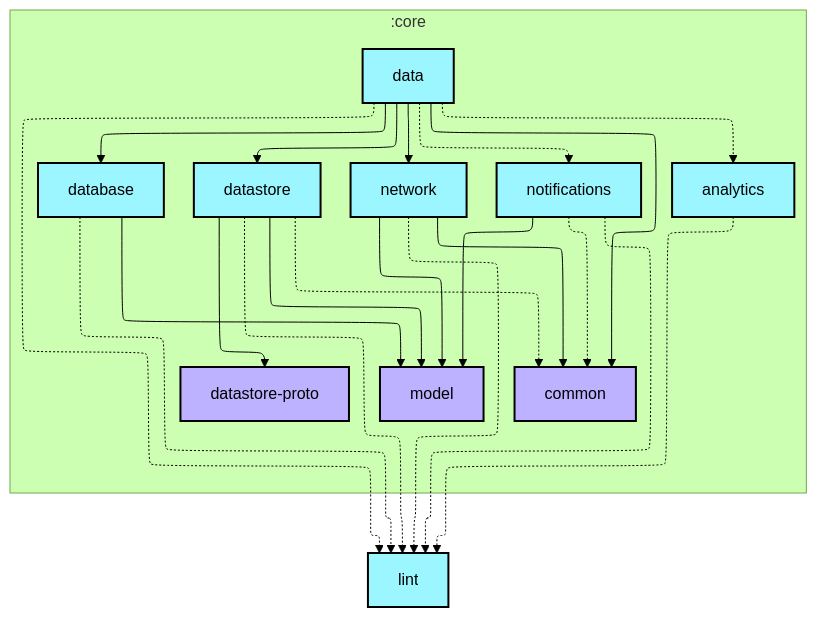
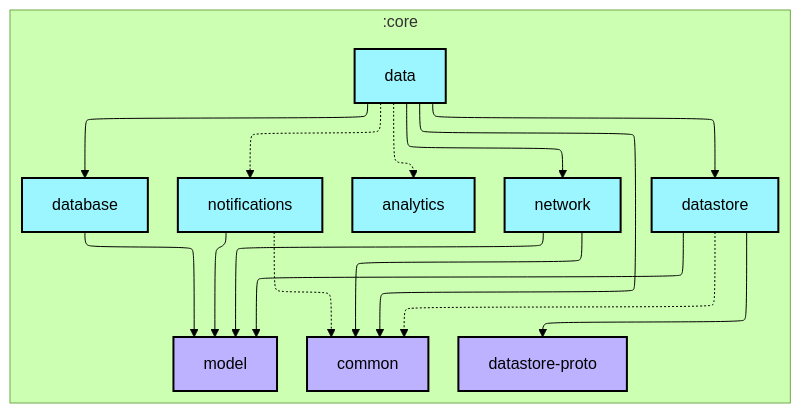
Before and after one commit to android/nowinandroid: the first of 2 diagrams in core/data/README.md, drawn with Mermaid (forest theme). The commit also changed 30 other files, not shown here.

````diff
--- a/core/data/README.md
+++ b/core/data/README.md
@@ -6,50 +6,43 @@
 ```mermaid
 ---
 config:
   layout: elk
   elk:
     nodePlacementStrategy: SIMPLE
 ---
 graph TB
   subgraph :core
     direction TB
     :core:analytics[analytics]:::android-library
     :core:common[common]:::jvm-library
     :core:data[data]:::android-library
     :core:database[database]:::android-library
     :core:datastore[datastore]:::android-library
     :core:datastore-proto[datastore-proto]:::jvm-library
     :core:model[model]:::jvm-library
     :core:network[network]:::android-library
     :core:notifications[notifications]:::android-library
   end
-  :lint[lint]:::android-library
 
-  :core:analytics -.-> :lint
   :core:data -.-> :core:analytics
   :core:data --> :core:common
   :core:data --> :core:database
   :core:data --> :core:datastore
   :core:data --> :core:network
   :core:data -.-> :core:notifications
-  :core:data -.-> :lint
   :core:database --> :core:model
-  :core:database -.-> :lint
   :core:datastore -.-> :core:common
   :core:datastore --> :core:datastore-proto
   :core:datastore --> :core:model
-  :core:datastore -.-> :lint
   :core:network --> :core:common
   :core:network --> :core:model
-  :core:network -.-> :lint
   :core:notifications -.-> :core:common
   :core:notifications --> :core:model
-  :core:notifications -.-> :lint
 
 classDef android-application fill:#CAFFBF,stroke:#000,stroke-width:2px,color:#000;
 classDef android-feature fill:#FFD6A5,stroke:#000,stroke-width:2px,color:#000;
 classDef android-library fill:#9BF6FF,stroke:#000,stroke-width:2px,color:#000;
 classDef android-test fill:#A0C4FF,stroke:#000,stroke-width:2px,color:#000;
 classDef jvm-library fill:#BDB2FF,stroke:#000,stroke-width:2px,color:#000;
 classDef unknown fill:#FFADAD,stroke:#000,stroke-width:2px,color:#000;
 ```
````
